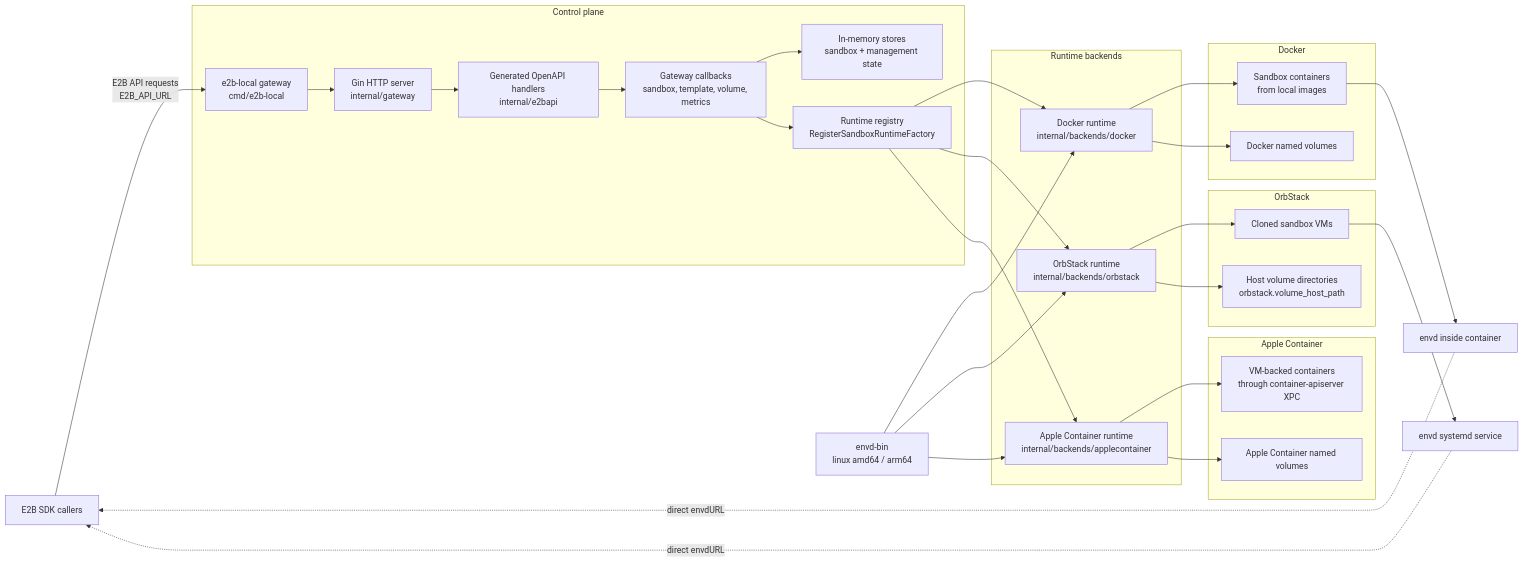
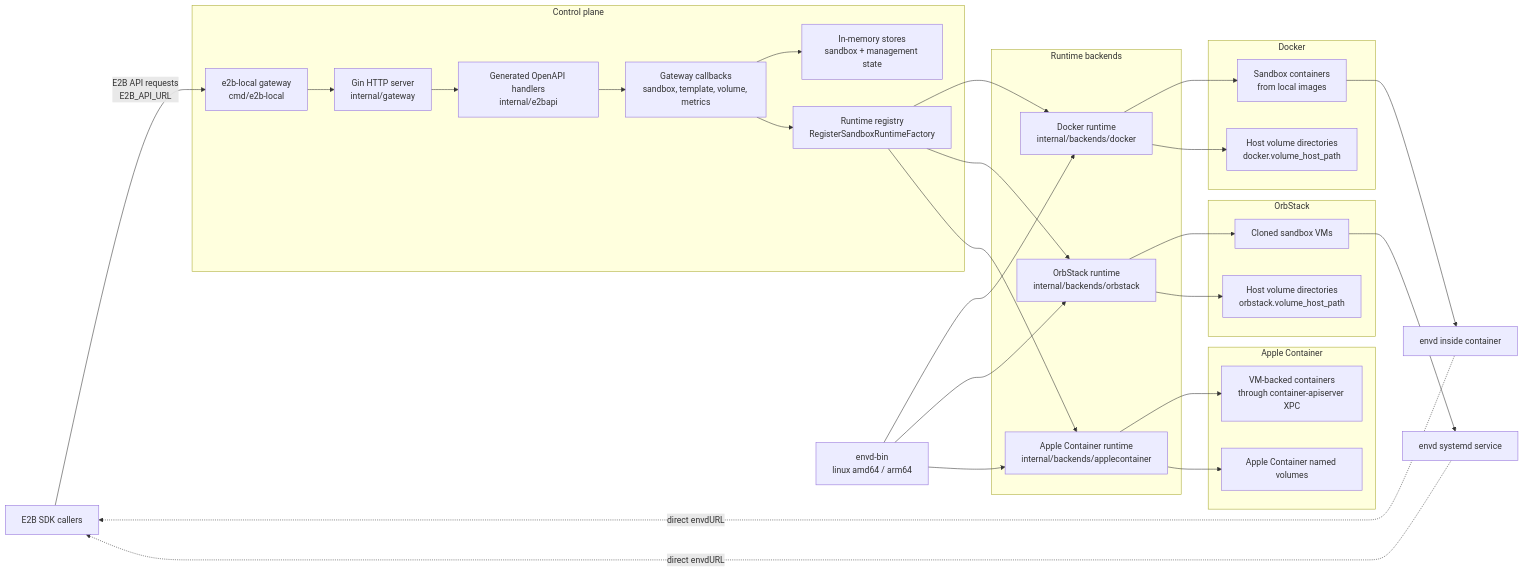
One commit to superduck-ai/e2b-local changed the diagram in README.md. Above: the diagram before and after it, drawn with Mermaid. The commit also changed other lines of this file and 18 other files, not shown here.

First line of the commit message:
Merge pull request #7 from superduck-ai/codex/docker-local-volume-content

````diff
--- a/README.md
+++ b/README.md
@@ -41,41 +41,41 @@
 ```mermaid
 flowchart LR
   SDK["E2B SDK callers"] -->|"E2B API requests<br/>E2B_API_URL"| Gateway["e2b-local gateway<br/>cmd/e2b-local"]
 
   subgraph ControlPlane["Control plane"]
     Gateway --> HTTP["Gin HTTP server<br/>internal/gateway"]
     HTTP --> OpenAPI["Generated OpenAPI handlers<br/>internal/e2bapi"]
     OpenAPI --> Callbacks["Gateway callbacks<br/>sandbox, template, volume, metrics"]
     Callbacks --> Store["In-memory stores<br/>sandbox + management state"]
     Callbacks --> Registry["Runtime registry<br/>RegisterSandboxRuntimeFactory"]
   end
 
   subgraph RuntimeBackends["Runtime backends"]
     Registry --> Docker["Docker runtime<br/>internal/backends/docker"]
     Registry --> OrbStack["OrbStack runtime<br/>internal/backends/orbstack"]
     Registry --> AppleContainer["Apple Container runtime<br/>internal/backends/applecontainer"]
   end
 
   subgraph DockerRuntime["Docker"]
     Docker --> Containers["Sandbox containers<br/>from local images"]
-    Docker --> DockerVolumes["Docker named volumes"]
+    Docker --> DockerVolumes["Host volume directories<br/>docker.volume_host_path"]
   end
 
   subgraph OrbRuntime["OrbStack"]
     OrbStack --> VMs["Cloned sandbox VMs"]
     OrbStack --> HostVolumes["Host volume directories<br/>orbstack.volume_host_path"]
   end
 
   subgraph AppleRuntime["Apple Container"]
     AppleContainer --> AppleContainers["VM-backed containers<br/>through container-apiserver XPC"]
     AppleContainer --> AppleVolumes["Apple Container named volumes"]
   end
 
   EnvdBin["envd-bin<br/>linux amd64 / arm64"] --> Docker
   EnvdBin --> OrbStack
   EnvdBin --> AppleContainer
   Containers --> ContainerEnvd["envd inside container"]
   VMs --> VMEnvd["envd systemd service"]
   ContainerEnvd -. "direct envdURL" .-> SDK
   VMEnvd -. "direct envdURL" .-> SDK
 ```
````
